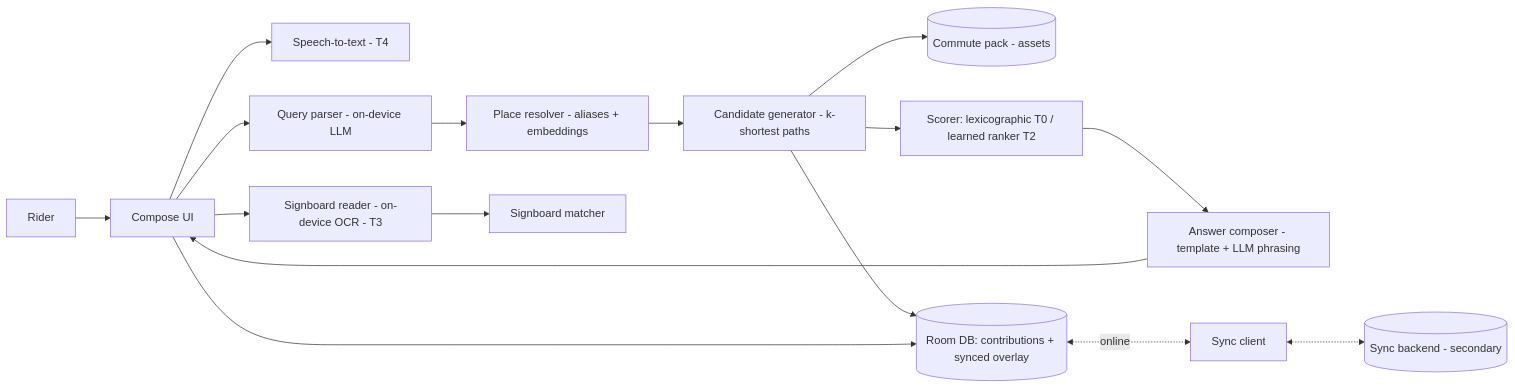
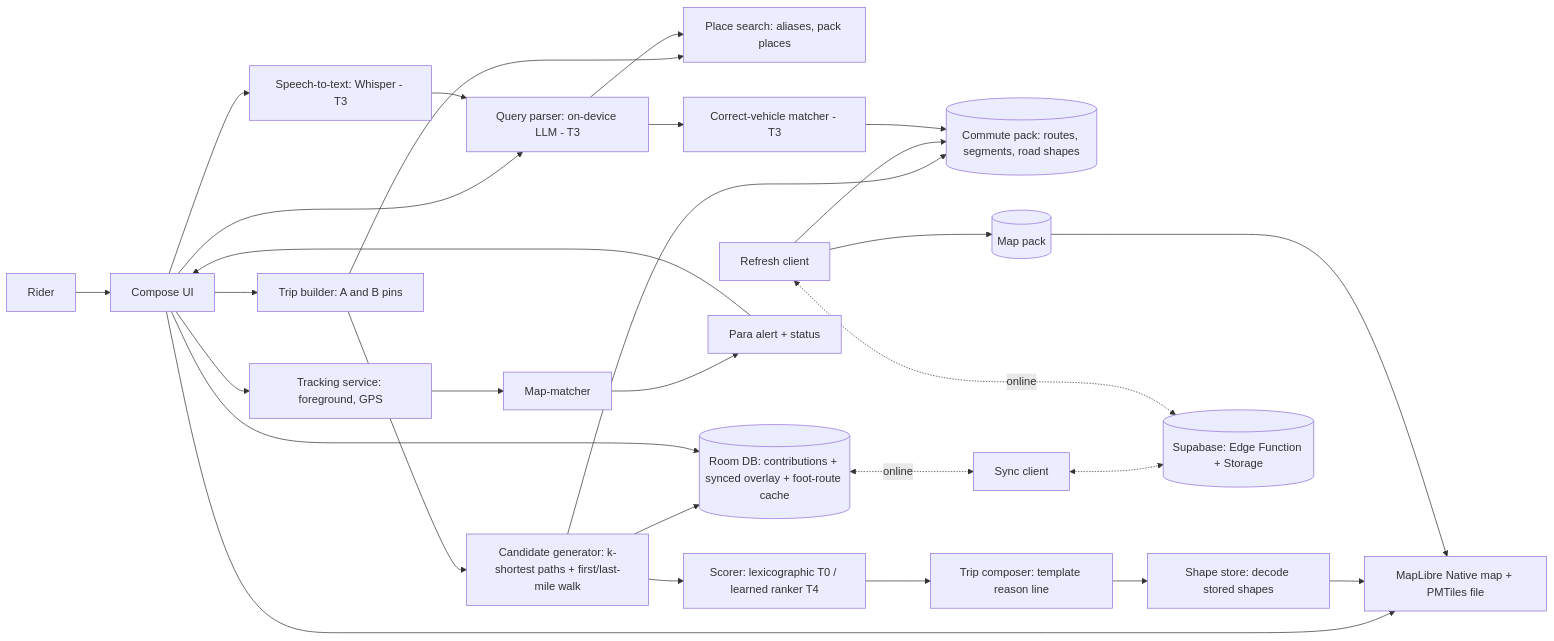
Before and after one commit to geadlydrim/appbuildersph-hackathon: the first of 4 diagrams in docs/fmd/sdd-commutenity.md, drawn with Mermaid. The commit also changed other lines of this file and 20 other files, not shown here.

First line of the commit message:
docs: re-scope to makati map-first mvp with offline tracking

````diff
--- a/docs/fmd/sdd-commutenity.md
+++ b/docs/fmd/sdd-commutenity.md
@@ -28,17 +32,30 @@
 ```mermaid
 flowchart LR
     U[Rider] --> UI[Compose UI]
-    UI --> SP[Speech-to-text - T4]
-    UI --> QP[Query parser - on-device LLM]
-    QP --> PR[Place resolver - aliases + embeddings]
-    PR --> CG[Candidate generator - k-shortest paths]
-    CG --> PK[(Commute pack - assets)]
-    CG --> CS[(Room DB: contributions + synced overlay)]
-    CG --> SC[Scorer: lexicographic T0 / learned ranker T2]
-    SC --> AC[Answer composer - template + LLM phrasing]
-    AC --> UI
+    UI --> MAP[MapLibre Native map + PMTiles file]
+    UI --> TB[Trip builder: A and B pins]
+    TB --> PS[Place search: aliases, pack places]
+    TB --> CG[Candidate generator: k-shortest paths + first/last-mile walk]
+    CG --> PK[(Commute pack: routes, segments, road shapes)]
+    CG --> CS[(Room DB: contributions + synced overlay + foot-route cache)]
+    CG --> SC[Scorer: lexicographic T0 / learned ranker T4]
+    SC --> TC[Trip composer: template reason line]
+    TC --> SS[Shape store: decode stored shapes]
+    SS --> MAP
     UI --> CS
-    CS <-.online.-> SY[Sync client] <-.-> BE[(Sync backend - secondary)]
-    UI --> SR[Signboard reader - on-device OCR - T3]
-    SR --> SM[Signboard matcher]
+    CS <-.online.-> SY[Sync client] <-.-> BE[(Supabase: Edge Function + Storage)]
+    RF[Refresh client] <-.online.-> BE
+    RF --> PK
+    RF --> MF[(Map pack)]
+    MF --> MAP
+    UI --> TS[Tracking service: foreground, GPS]
+    TS --> MM[Map-matcher]
+    MM --> PA[Para alert + status]
+    PA --> UI
+    UI --> QP[Query parser: on-device LLM - T3]
+    QP --> PS
+    UI --> SP[Speech-to-text: Whisper - T3]
+    SP --> QP
+    QP --> CV[Correct-vehicle matcher - T3]
+    CV --> PK
 ```
````
